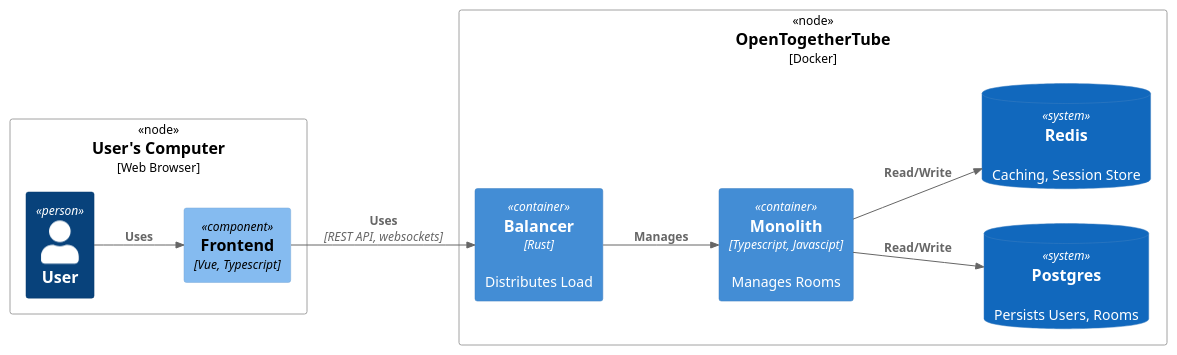
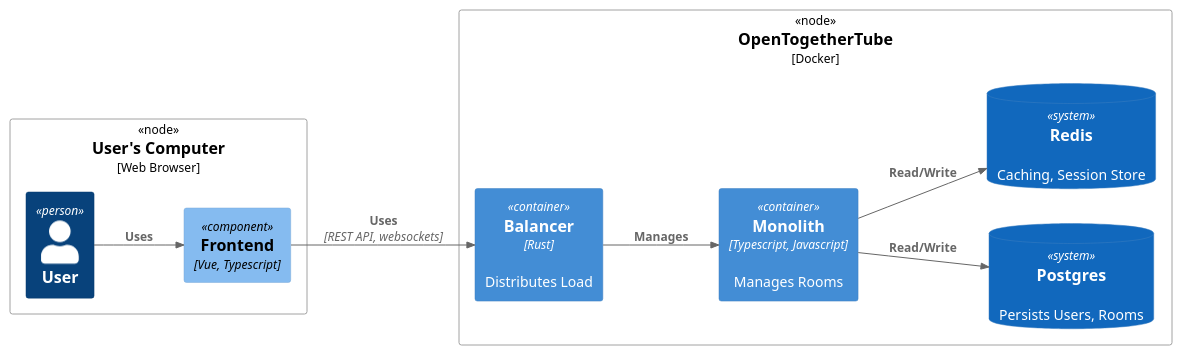
Before and after one commit to dyc3/senior-design: the diagram in figures/deploy/deployment-new.puml, drawn with PlantUML. The commit also changed 20 other files, not shown here.

```diff
--- a/figures/deploy/deployment-new.puml
+++ b/figures/deploy/deployment-new.puml
@@ -1,25 +1,25 @@
 @startuml
 !include <C4/C4_Deployment>
 !include <C4/C4_Component>
 
 left to right direction
 
 Deployment_Node(browser, "User's Computer", "Web Browser") {
     Person(user, "User")
     Component(frontend, "Frontend", "Vue, Typescript")
 }
 
 Deployment_Node(ott, "OpenTogetherTube", "Docker") {
     Container(balancer, "Balancer", "Rust", "Distributes Load")
-    Container(monolith, "Monolith", "Typescript, Javascipt", "Manages Rooms")
+    Container(monolith, "Monolith", "Typescript, Javascript", "Manages Rooms")
     SystemDb(postgres, "Postgres", "Persists Users, Rooms")
     SystemDb(redis, "Redis", "Caching, Session Store")
 }
 
 Rel(user, frontend, "Uses")
 Rel(frontend, balancer, "Uses", "REST API, websockets")
 Rel(monolith, postgres, "Read/Write")
 Rel(monolith, redis, "Read/Write")
 Rel(balancer, monolith, "Manages")
 
 @enduml
```
